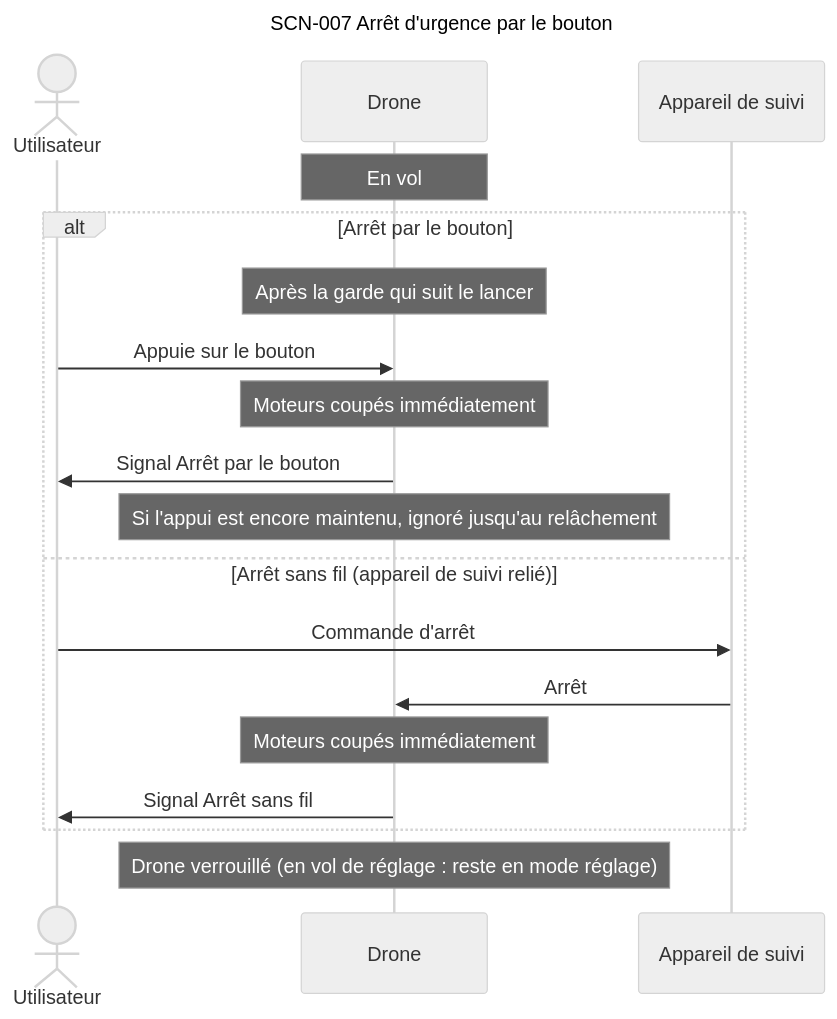
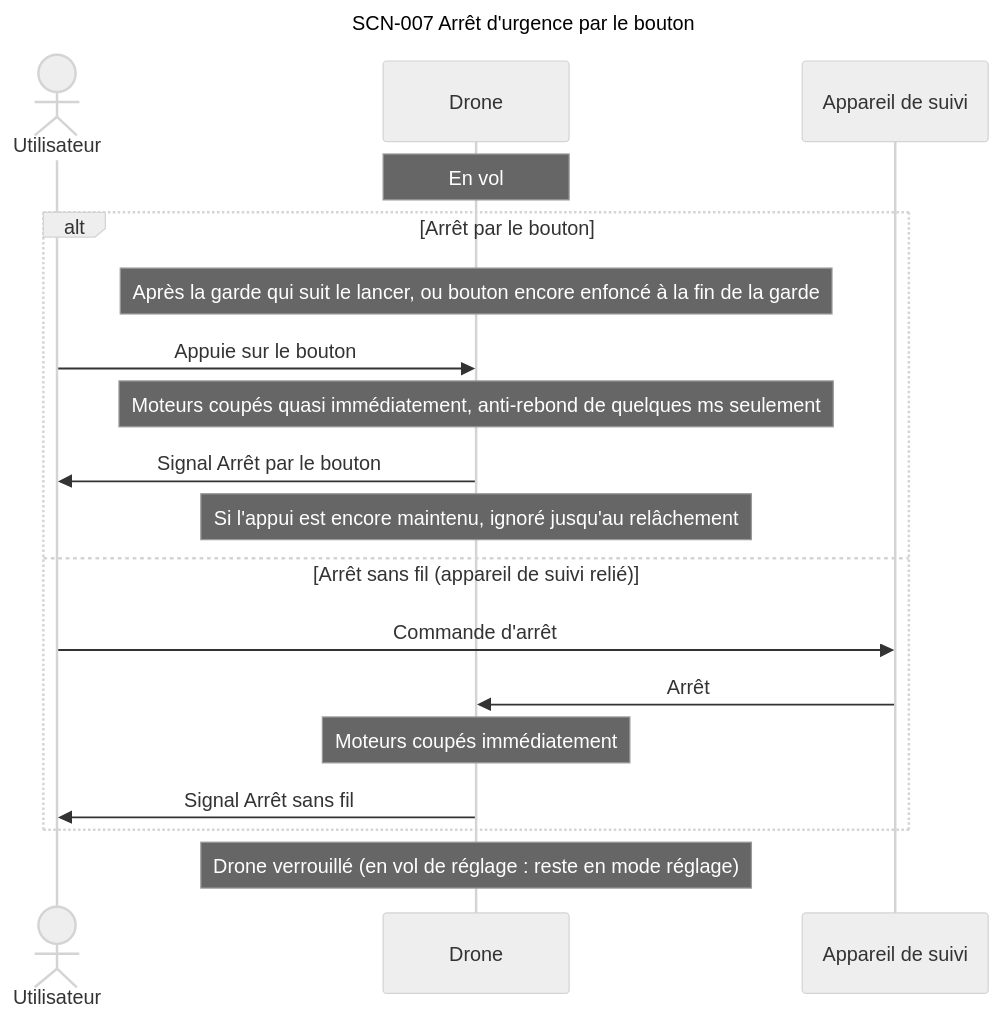
One commit to thourymatthieu-png/coworker_archi_system changed diagram 11 of 15 in projets/boomrone/00-scenarios.md. Above: the diagram before and after it, drawn with Mermaid (neutral theme). The commit also changed other lines of this file and 6 other files, not shown here.

````diff
--- a/projets/boomrone/00-scenarios.md
+++ b/projets/boomrone/00-scenarios.md
@@ -531,23 +557,23 @@
 ```mermaid
 ---
 title: "SCN-007 Arrêt d'urgence par le bouton"
 ---
 sequenceDiagram
     actor U as Utilisateur
     participant D as Drone
     participant A as Appareil de suivi
     Note over D: En vol
     alt Arrêt par le bouton
-        Note over D: Après la garde qui suit le lancer
+        Note over D: Après la garde qui suit le lancer, ou bouton encore enfoncé à la fin de la garde
         U->>D: Appuie sur le bouton
-        Note over D: Moteurs coupés immédiatement
+        Note over D: Moteurs coupés quasi immédiatement, anti-rebond de quelques ms seulement
         D->>U: Signal Arrêt par le bouton
         Note over D: Si l'appui est encore maintenu, ignoré jusqu'au relâchement
     else Arrêt sans fil (appareil de suivi relié)
         U->>A: Commande d'arrêt
         A->>D: Arrêt
         Note over D: Moteurs coupés immédiatement
         D->>U: Signal Arrêt sans fil
     end
     Note over D: Drone verrouillé (en vol de réglage : reste en mode réglage)
 ```
````
